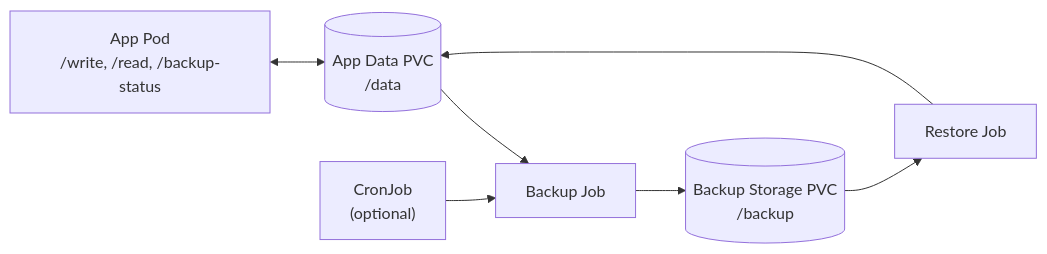
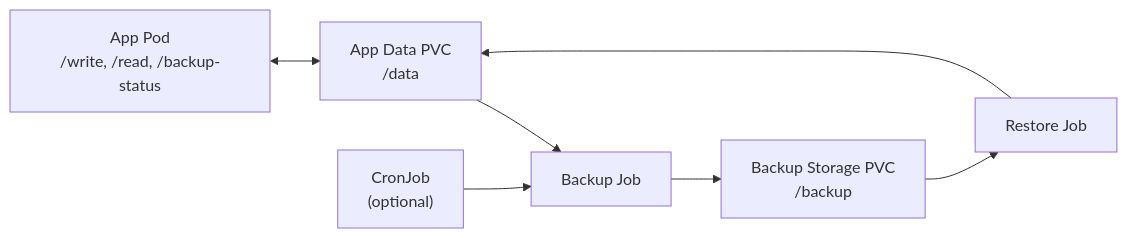
Before and after one commit to samuelhajnik/kubernetes-backup-recovery-demo: the diagram in README.md, drawn with Mermaid. The commit also changed other lines of this file and 7 other files, not shown here.

````diff
--- a/README.md
+++ b/README.md
@@ -23,16 +56,16 @@
 ```mermaid
 flowchart LR
     A["App Pod<br/>/write, /read, /backup-status"]
-    B[("App Data PVC<br/>/data")]
+    B["App Data PVC<br/>/data"]
     C["Backup Job"]
-    D[("Backup Storage PVC<br/>/backup")]
+    D["Backup Storage PVC<br/>/backup"]
     E["Restore Job"]
     F["CronJob<br/>(optional)"]
 
     A <--> B
     B --> C
     C --> D
     D --> E
     E --> B
     F --> C
 ```
````
